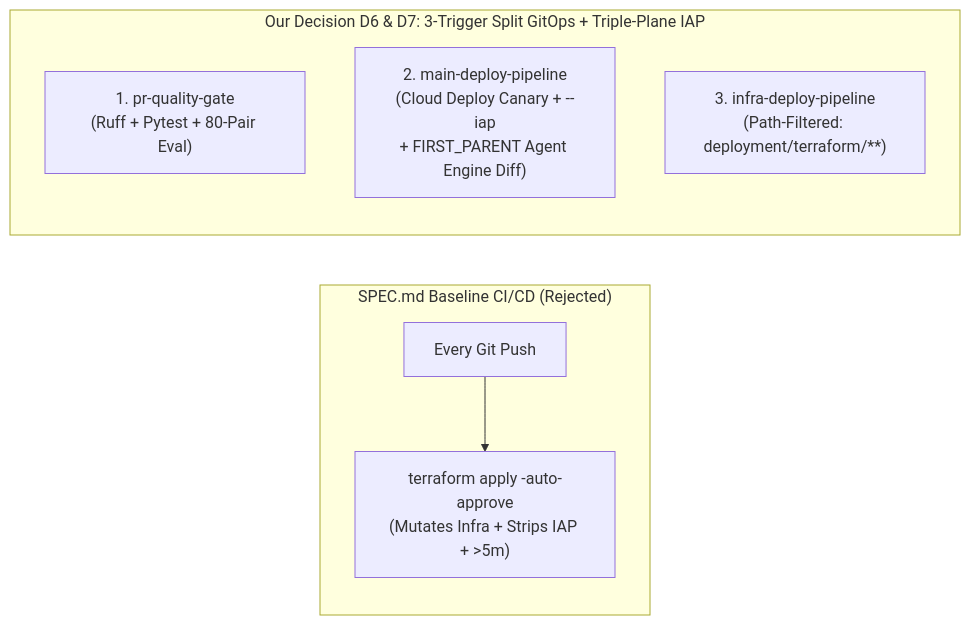
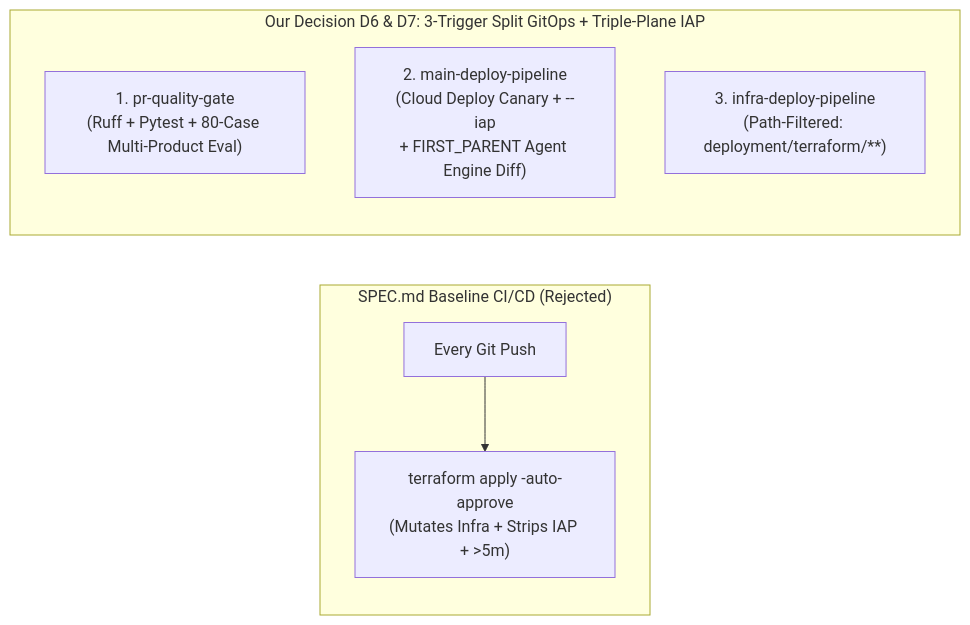
The second of 2 diagrams in docs/presentation/slides.md (willie3838/williamc-ecomm-capstone), drawn with Mermaid before and after one commit. The commit also changed other lines of this file and 11 other files, not shown here.

Commit message:
docs(evals): sync presentation slides, model selection matrix, README, and eval reports for 2-5 product benchmarks

````diff
--- a/docs/presentation/slides.md
+++ b/docs/presentation/slides.md
@@ -344,11 +351,11 @@
 ```mermaid
 flowchart LR
     subgraph SpecCI["SPEC.md Baseline CI/CD (Rejected)"]
         S_PUSH["Every Git Push"] --> S_TF["terraform apply -auto-approve\n(Mutates Infra + Strips IAP + >5m)"]
     end
     subgraph OurCI["Our Decision D6 & D7: 3-Trigger Split GitOps + Triple-Plane IAP"]
-        PR["1. pr-quality-gate\n(Ruff + Pytest + 80-Pair Eval)"]
+        PR["1. pr-quality-gate\n(Ruff + Pytest + 80-Case Multi-Product Eval)"]
         MAIN["2. main-deploy-pipeline\n(Cloud Deploy Canary + --iap\n+ FIRST_PARENT Agent Engine Diff)"]
         INFRA["3. infra-deploy-pipeline\n(Path-Filtered: deployment/terraform/**)"]
     end
 ```
````
